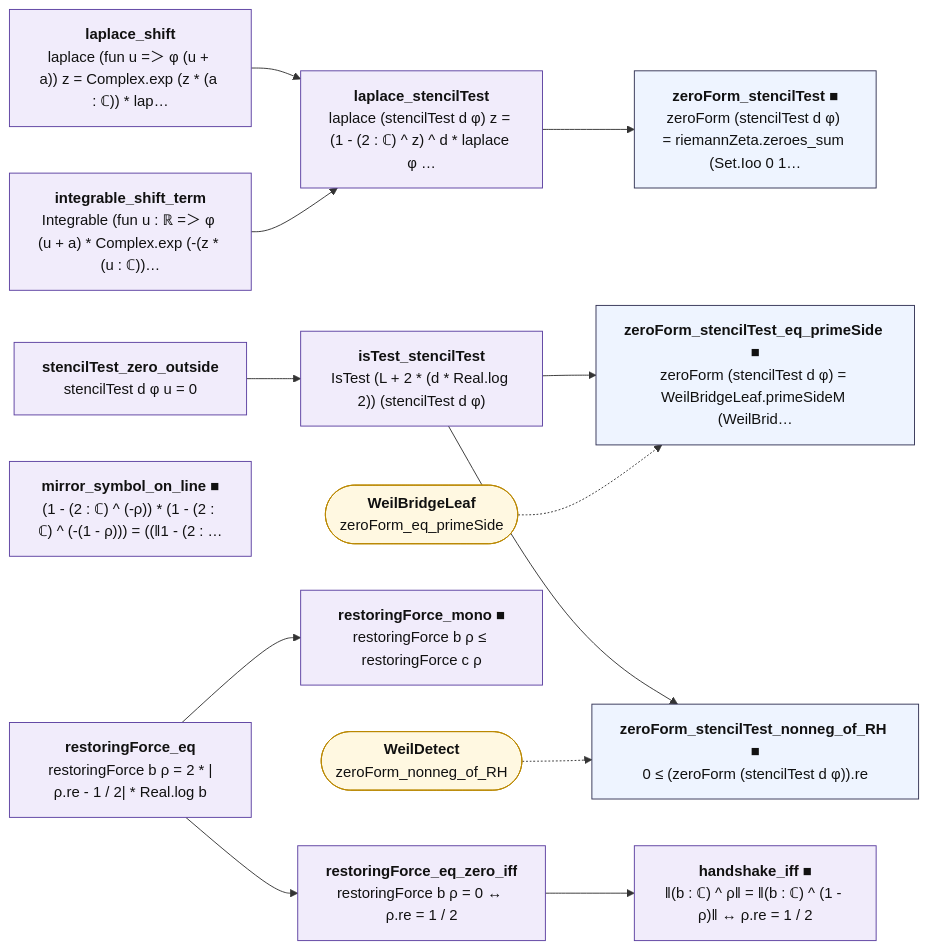
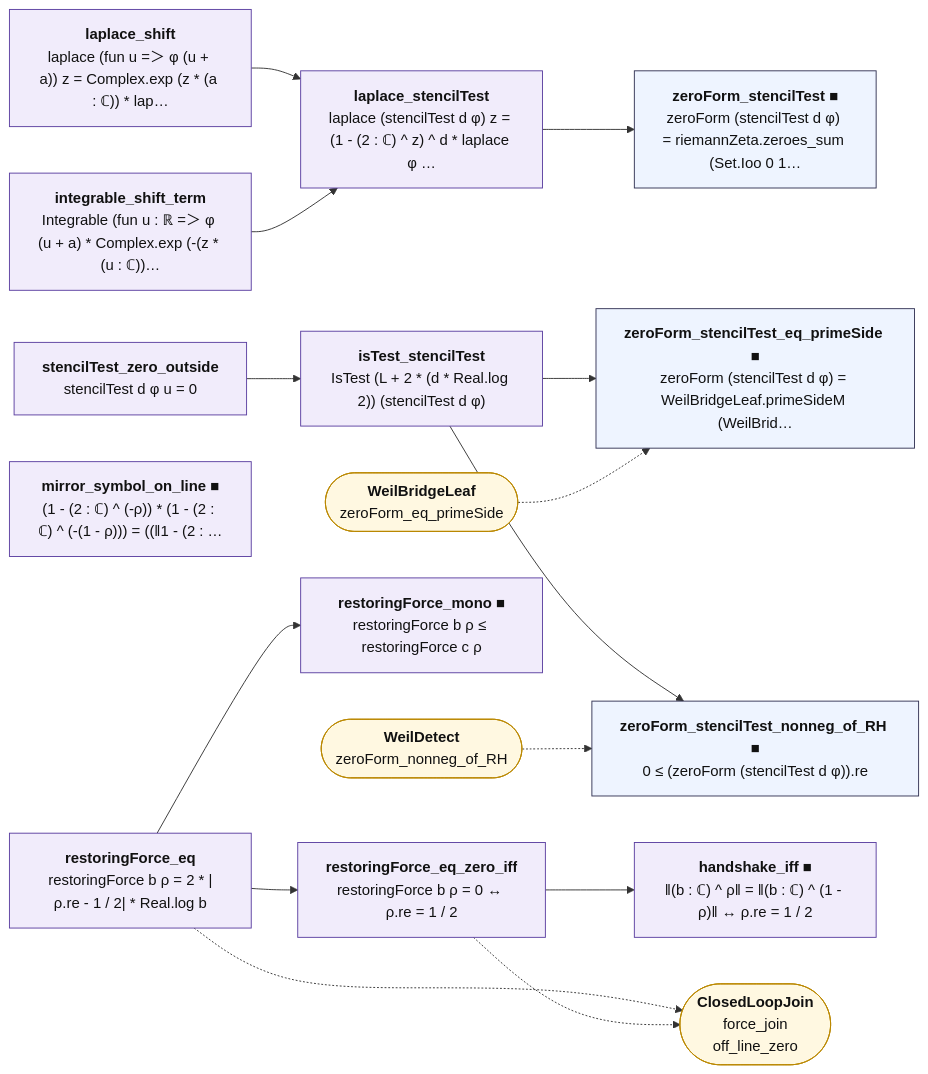
Before and after one commit to juliansambranojr/Primebeat_081426: the diagram in map/lean_stage3/StencilWeil.mmd, drawn with Mermaid. The commit also changed 28 other files, not shown here.

First line of the commit message:
Block J1: the closed loop's restoring force and handshake joined to the table's mirror (unit 0476)

```diff
--- a/map/lean_stage3/StencilWeil.mmd
+++ b/map/lean_stage3/StencilWeil.mmd
@@ -1,35 +1,38 @@
 flowchart LR
   n0["<b>laplace_shift</b><br/>laplace (fun u =＞ φ (u + a)) z = Complex.exp (z * (a : ℂ)) * lap…"]:::shp
   n1["<b>integrable_shift_term</b><br/>Integrable (fun u : ℝ =＞ φ (u + a) * Complex.exp (-(z * (u : ℂ))…"]:::shp
   n2["<b>laplace_stencilTest</b><br/>laplace (stencilTest d φ) z = (1 - (2 : ℂ) ^ z) ^ d * laplace φ …"]:::shp
   n3["<b>stencilTest_zero_outside</b><br/>stencilTest d φ u = 0"]:::shp
   n4["<b>isTest_stencilTest</b><br/>IsTest (L + 2 * (d * Real.log 2)) (stencilTest d φ)"]:::shp
   n5["<b>zeroForm_stencilTest ■</b><br/>zeroForm (stencilTest d φ) = riemannZeta.zeroes_sum (Set.Ioo 0 1…"]:::thm
   n6["<b>mirror_symbol_on_line ■</b><br/>(1 - (2 : ℂ) ^ (-ρ)) * (1 - (2 : ℂ) ^ (-(1 - ρ))) = ((‖1 - (2 : …"]:::shp
   n7["<b>restoringForce_eq</b><br/>restoringForce b ρ = 2 * |ρ.re - 1 / 2| * Real.log b"]:::shp
   n8["<b>restoringForce_eq_zero_iff</b><br/>restoringForce b ρ = 0 ↔ ρ.re = 1 / 2"]:::shp
   n9["<b>handshake_iff ■</b><br/>‖(b : ℂ) ^ ρ‖ = ‖(b : ℂ) ^ (1 - ρ)‖ ↔ ρ.re = 1 / 2"]:::shp
   n10["<b>restoringForce_mono ■</b><br/>restoringForce b ρ ≤ restoringForce c ρ"]:::shp
   n11["<b>zeroForm_stencilTest_eq_primeSide ■</b><br/>zeroForm (stencilTest d φ) = WeilBridgeLeaf.primeSideM (WeilBrid…"]:::thm
   n12["<b>zeroForm_stencilTest_nonneg_of_RH ■</b><br/>0 ≤ (zeroForm (stencilTest d φ)).re"]:::thm
-  x0(["<b>WeilBridgeLeaf</b><br/>zeroForm_eq_primeSide"]):::ext
-  x1(["<b>WeilDetect</b><br/>zeroForm_nonneg_of_RH"]):::ext
+  x0(["<b>ClosedLoopJoin</b><br/>force_join<br/>off_line_zero"]):::ext
+  x1(["<b>WeilBridgeLeaf</b><br/>zeroForm_eq_primeSide"]):::ext
+  x2(["<b>WeilDetect</b><br/>zeroForm_nonneg_of_RH"]):::ext
   n0 --> n2
   n1 --> n2
   n2 --> n5
   n3 --> n4
   n4 --> n11
   n4 --> n12
   n7 --> n10
   n7 --> n8
   n8 --> n9
-  x0 -.-> n11
-  x1 -.-> n12
+  n7 -.-> x0
+  n8 -.-> x0
+  x1 -.-> n11
+  x2 -.-> n12
   classDef cnt fill:#dff5ec,stroke:#17694a,color:#111
   classDef shp fill:#f1ecfb,stroke:#5b3fa0,color:#111
   classDef rh fill:#ffe5e5,stroke:#c22,color:#111,stroke-width:2px
   classDef thm fill:#eef4ff,stroke:#335,color:#111
   classDef end_ fill:#e7f7e7,stroke:#2a7,color:#111,stroke-width:2px
   classDef lone fill:#fff,stroke:#999,color:#111,stroke-dasharray:4 3
   classDef bad fill:#ffe5e5,stroke:#c22,color:#111,stroke-width:2px
   classDef ext fill:#fff8e1,stroke:#b80,color:#111
```
